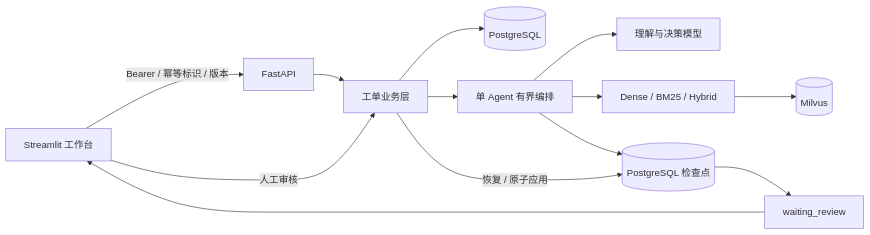
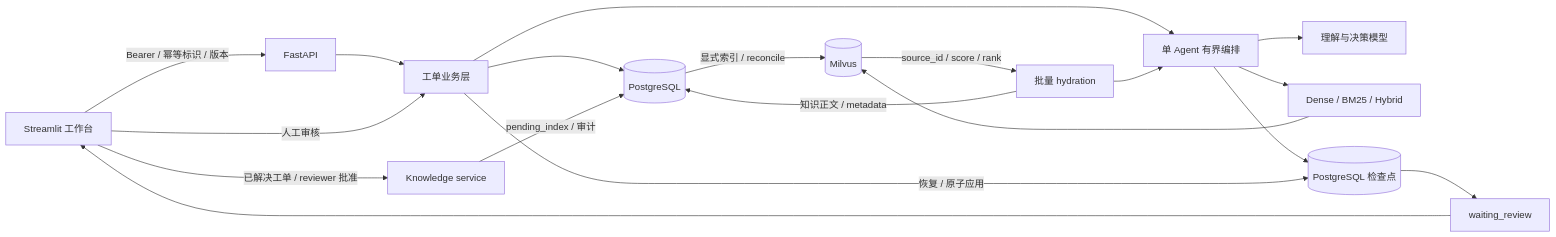
The diagram in docs/architecture.md (DeathKnight2539569991/Ticketmind), drawn with Mermaid before and after one commit. The commit also changed other lines of this file and 44 other files, not shown here.

````diff
--- a/docs/architecture.md
+++ b/docs/architecture.md
@@ -5,15 +5,21 @@
 ```mermaid
 flowchart LR
   UI[Streamlit 工作台] -->|Bearer / 幂等标识 / 版本| API[FastAPI]
   API --> B[工单业务层]
   B --> PG[(PostgreSQL)]
   B --> AG[单 Agent 有界编排]
   AG --> M[理解与决策模型]
   AG --> R[Dense / BM25 / Hybrid]
   R --> MV[(Milvus)]
+  MV -->|source_id / score / rank| HY[批量 hydration]
+  HY -->|知识正文 / metadata| PG
+  HY --> AG
   AG --> CP[(PostgreSQL 检查点)]
   CP --> WAIT[waiting_review]
   WAIT --> UI
   UI -->|人工审核| B
   B -->|恢复 / 原子应用| CP
+  UI -->|已解决工单 / reviewer 批准| K[Knowledge service]
+  K -->|pending_index / 审计| PG
+  PG -->|显式索引 / reconcile| MV
 ```
````
